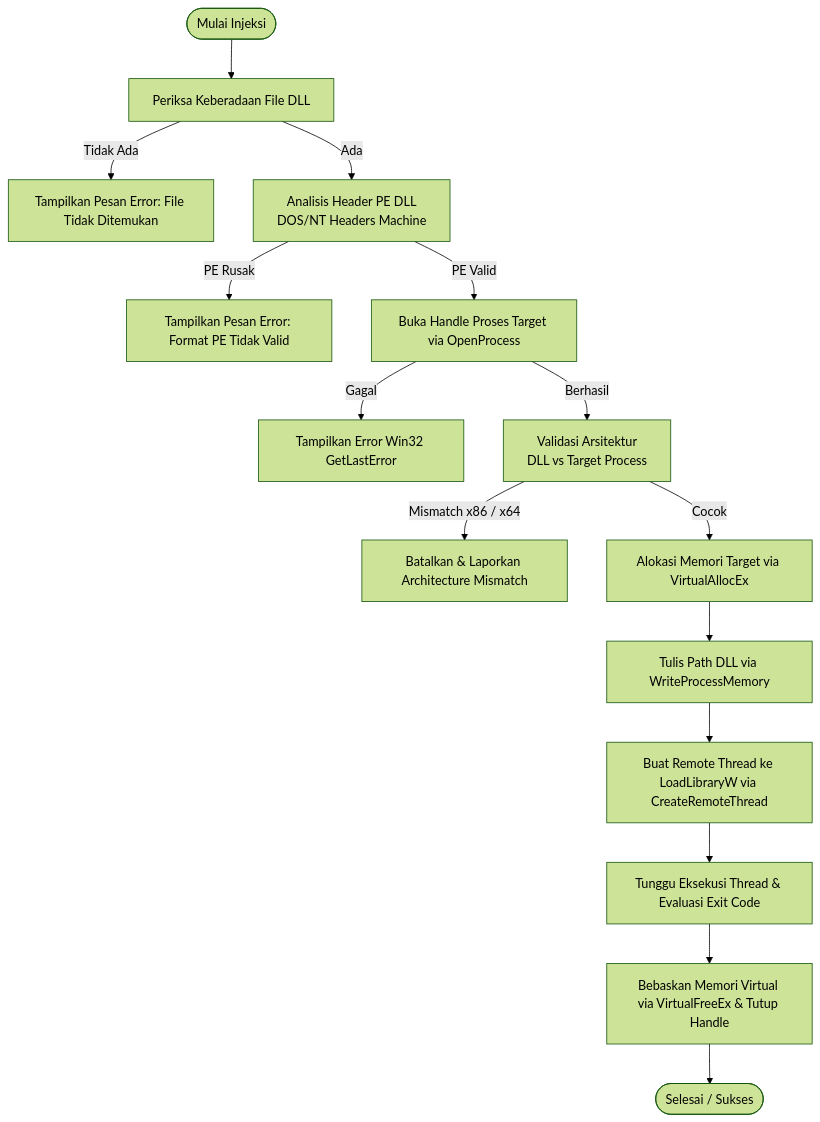
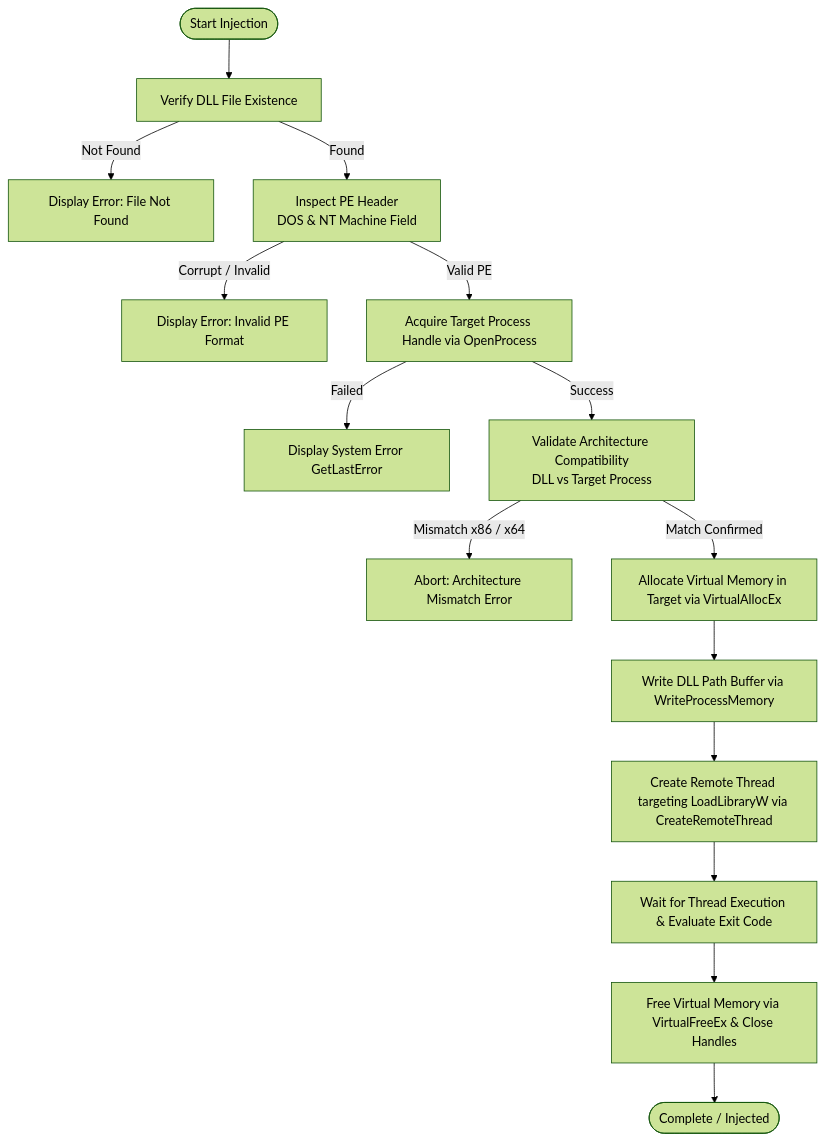
Before and after one commit to DX4GREY/simple-dll-injector: the diagram in README.md, drawn with Mermaid (forest theme). The commit also changed other lines of this file and 2 other files, not shown here.

Commit message:
fix: update error messages and comments to English for consistency

````diff
--- a/README.md
+++ b/README.md
@@ -48,17 +48,17 @@
 ```mermaid
 flowchart TD
-    A([Mulai Injeksi]) --> B[Periksa Keberadaan File DLL]
-    B -- Tidak Ada --> B1[Tampilkan Pesan Error: File Tidak Ditemukan]
-    B -- Ada --> C[Analisis Header PE DLL<br/>DOS/NT Headers Machine]
-    C -- PE Rusak --> C1[Tampilkan Pesan Error: Format PE Tidak Valid]
-    C -- PE Valid --> D[Buka Handle Proses Target via OpenProcess]
-    D -- Gagal --> D1[Tampilkan Error Win32 GetLastError]
-    D -- Berhasil --> E[Validasi Arsitektur<br/>DLL vs Target Process]
-    E -- Mismatch x86 / x64 --> E1[Batalkan & Laporkan Architecture Mismatch]
-    E -- Cocok --> F[Alokasi Memori Target via VirtualAllocEx]
-    F --> G[Tulis Path DLL via WriteProcessMemory]
-    G --> H[Buat Remote Thread ke LoadLibraryW via CreateRemoteThread]
-    H --> I[Tunggu Eksekusi Thread & Evaluasi Exit Code]
-    I --> J[Bebaskan Memori Virtual via VirtualFreeEx & Tutup Handle]
-    J --> K([Selesai / Sukses])
+    A([Start Injection]) --> B[Verify DLL File Existence]
+    B -- Not Found --> B1[Display Error: File Not Found]
+    B -- Found --> C[Inspect PE Header<br/>DOS & NT Machine Field]
+    C -- Corrupt / Invalid --> C1[Display Error: Invalid PE Format]
+    C -- Valid PE --> D[Acquire Target Process Handle via OpenProcess]
+    D -- Failed --> D1[Display System Error GetLastError]
+    D -- Success --> E[Validate Architecture Compatibility<br/>DLL vs Target Process]
+    E -- Mismatch x86 / x64 --> E1[Abort: Architecture Mismatch Error]
+    E -- Match Confirmed --> F[Allocate Virtual Memory in Target via VirtualAllocEx]
+    F --> G[Write DLL Path Buffer via WriteProcessMemory]
+    G --> H[Create Remote Thread targeting LoadLibraryW via CreateRemoteThread]
+    H --> I[Wait for Thread Execution & Evaluate Exit Code]
+    I --> J[Free Virtual Memory via VirtualFreeEx & Close Handles]
+    J --> K([Complete / Injected])
 ```
````
